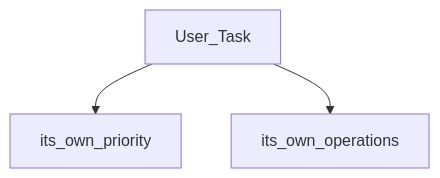
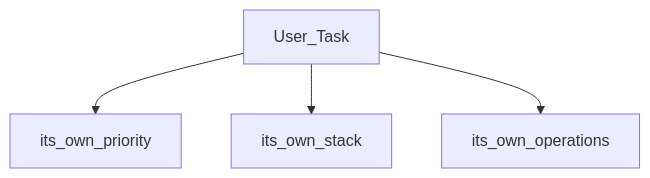
One commit to MostafaEdrees11/My_Own_RTOS changed the second of 14 diagrams in README.md. Above: the diagram before and after it, drawn with Mermaid. The commit also changed 25 other files, not shown here.

````diff
--- a/README.md
+++ b/README.md
@@ -17,5 +17,6 @@
 ```mermaid
 graph TD;
 	User_Task --> its_own_priority;
+	User_Task --> its_own_stack;
 	User_Task --> its_own_operations;
 ```
````
